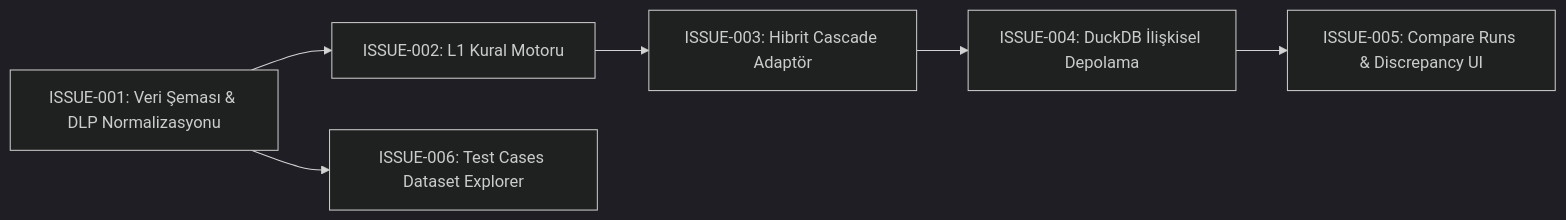
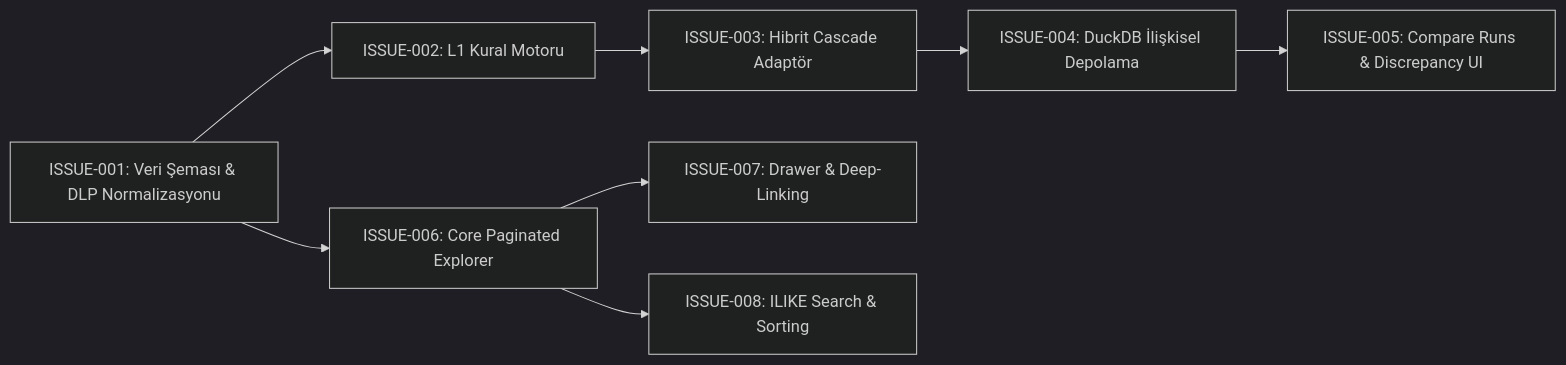
Before and after one commit to kurtfi/FaradAiBenchmark: the diagram in docs/issues/README.md, drawn with Mermaid (dark theme). The commit also changed other lines of this file and 12 other files, not shown here.

Commit message:
feat: implement unified test case explorer with search, sorting, pagination, and deep-linking drawer

````diff
--- a/docs/issues/README.md
+++ b/docs/issues/README.md
@@ -17,8 +19,10 @@
 ```mermaid
 graph LR
     ISSUE001[ISSUE-001: Veri Şeması & DLP Normalizasyonu] --> ISSUE002[ISSUE-002: L1 Kural Motoru]
     ISSUE002 --> ISSUE003[ISSUE-003: Hibrit Cascade Adaptör]
     ISSUE003 --> ISSUE004[ISSUE-004: DuckDB İlişkisel Depolama]
     ISSUE004 --> ISSUE005[ISSUE-005: Compare Runs & Discrepancy UI]
-    ISSUE001 --> ISSUE006[ISSUE-006: Test Cases Dataset Explorer]
+    ISSUE001 --> ISSUE006[ISSUE-006: Core Paginated Explorer]
+    ISSUE006 --> ISSUE007[ISSUE-007: Drawer & Deep-Linking]
+    ISSUE006 --> ISSUE008[ISSUE-008: ILIKE Search & Sorting]
 ```
````
